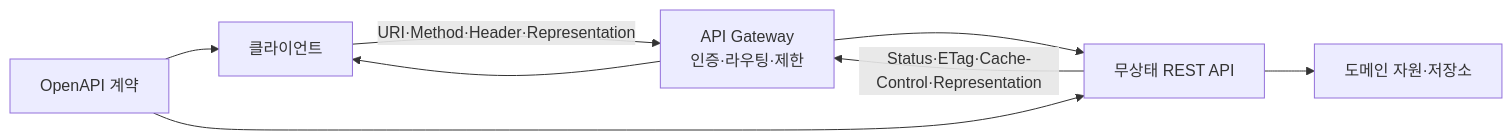
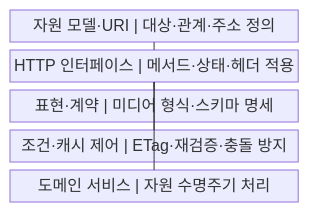
Before and after one commit to agnusdei1207/knowledge-base: the first of 2 diagrams in src/content/docs/notes/03-software/171_restful_api_design.md, drawn with Mermaid. The commit also changed other lines of this file and 20 other files, not shown here.

````diff
--- a/src/content/docs/notes/03-software/171_restful_api_design.md
+++ b/src/content/docs/notes/03-software/171_restful_api_design.md
@@ -60,10 +56,13 @@
 ```mermaid
-flowchart LR
-    C["클라이언트"] -->|"URI·Method·Header·Representation"| G["API Gateway<br/>인증·라우팅·제한"]
-    G --> A["무상태 REST API"]
-    A --> D["도메인 자원·저장소"]
-    A -->|"Status·ETag·Cache-Control·Representation"| G
-    G --> C
-    O["OpenAPI 계약"] --> C
-    O --> A
+block
+    columns 1
+    A["자원 모델·URI | 대상·관계·주소 정의"]
+    B["HTTP 인터페이스 | 메서드·상태·헤더 적용"]
+    C["표현·계약 | 미디어 형식·스키마 명세"]
+    D["조건·캐시 제어 | ETag·재검증·충돌 방지"]
+    E["도메인 서비스 | 자원 수명주기 처리"]
+    A --- B
+    B --- C
+    B --- D
+    B --- E
 ```
````
